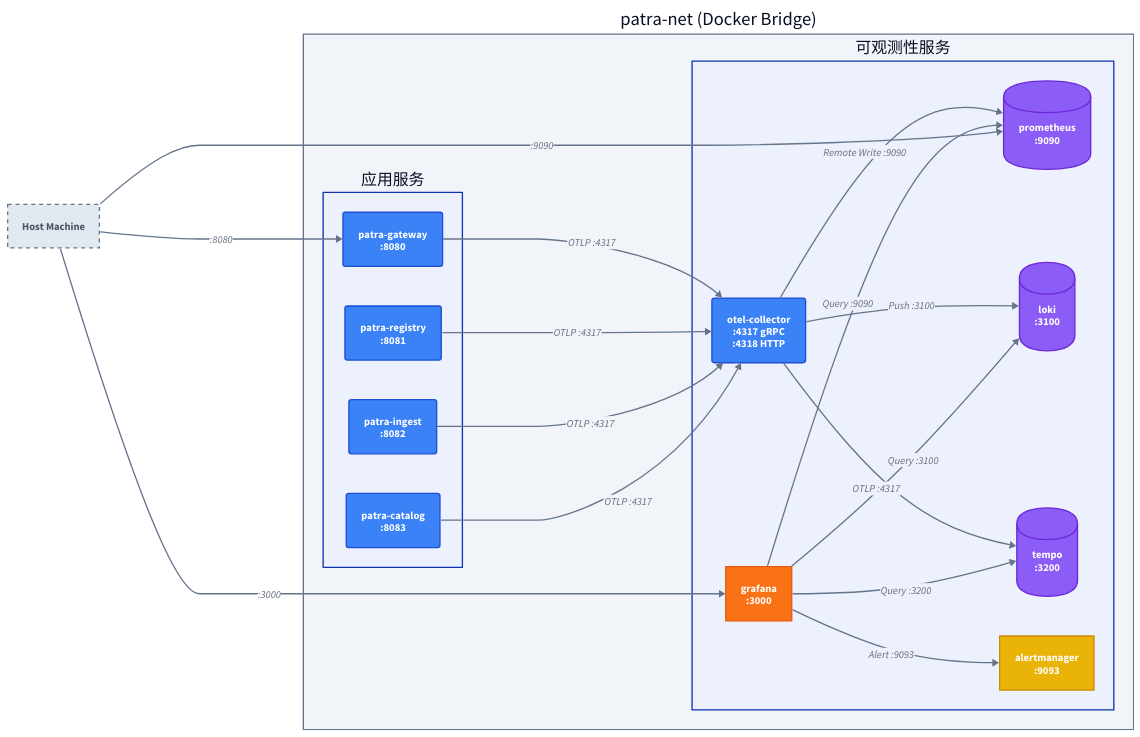
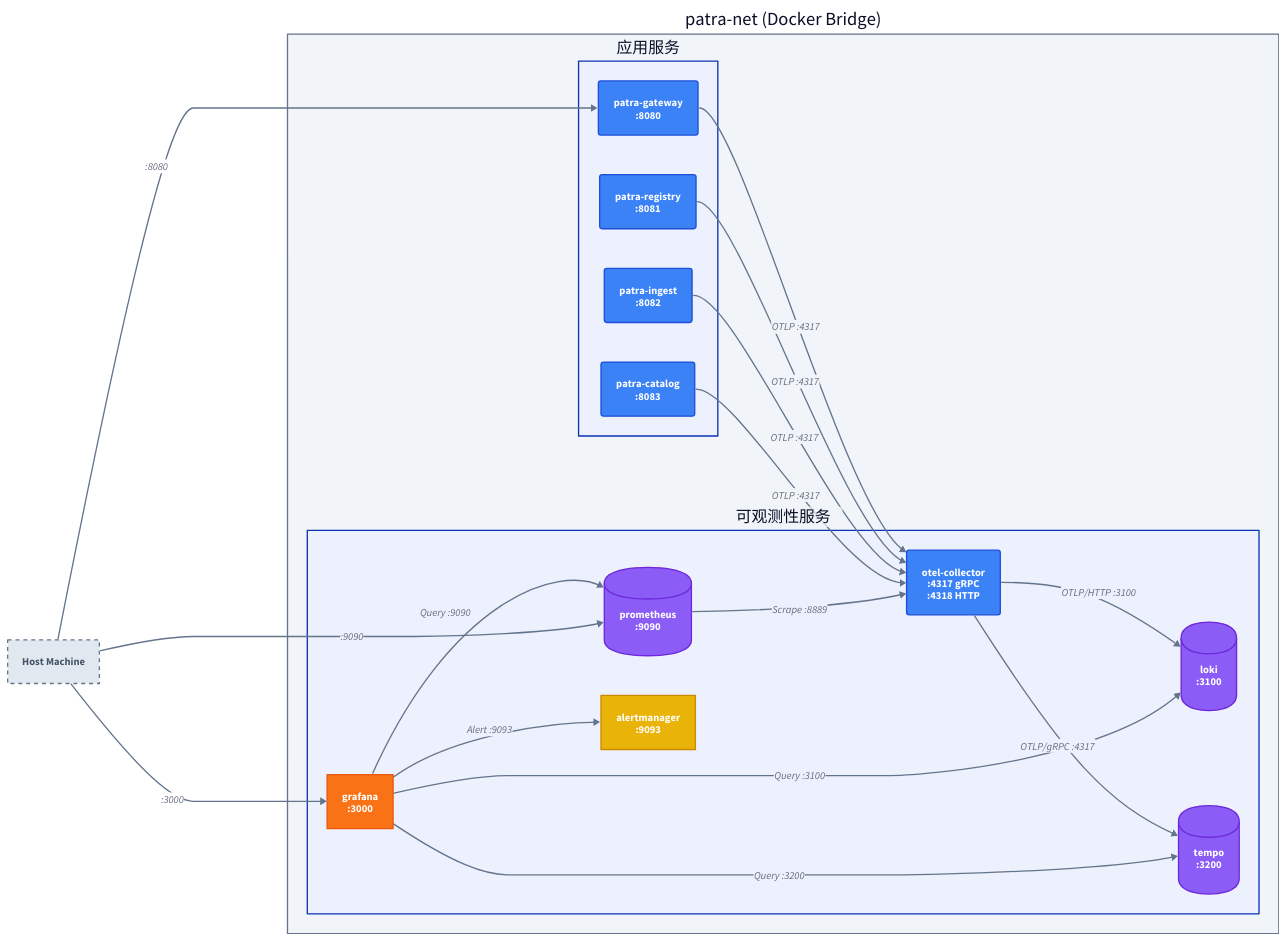
The sixth of 6 diagrams in patra-api/docs/designs/observability/02-architecture.md (linqibin0826/patra), drawn with D2 before and after one commit. The commit also changed other lines of this file and 8 other files, not shown here.

```diff
--- a/patra-api/docs/designs/observability/02-architecture.md
+++ b/patra-api/docs/designs/observability/02-architecture.md
@@ -528,9 +526,9 @@
   apps.ingest -> observability.collector: OTLP :4317 {style.stroke: "#64748b"; style.stroke-width: 2}
   apps.catalog -> observability.collector: OTLP :4317 {style.stroke: "#64748b"; style.stroke-width: 2}
 
-  observability.collector -> observability.prometheus: Remote Write :9090 {style.stroke: "#64748b"; style.stroke-width: 2}
-  observability.collector -> observability.loki: Push :3100 {style.stroke: "#64748b"; style.stroke-width: 2}
-  observability.collector -> observability.tempo: OTLP :4317 {style.stroke: "#64748b"; style.stroke-width: 2}
+  observability.prometheus -> observability.collector: Scrape :8889 {style.stroke: "#64748b"; style.stroke-width: 2}
+  observability.collector -> observability.loki: OTLP/HTTP :3100 {style.stroke: "#64748b"; style.stroke-width: 2}
+  observability.collector -> observability.tempo: OTLP/gRPC :4317 {style.stroke: "#64748b"; style.stroke-width: 2}
 
   observability.grafana -> observability.prometheus: Query :9090 {style.stroke: "#64748b"; style.stroke-width: 2}
   observability.grafana -> observability.loki: Query :3100 {style.stroke: "#64748b"; style.stroke-width: 2}
```
